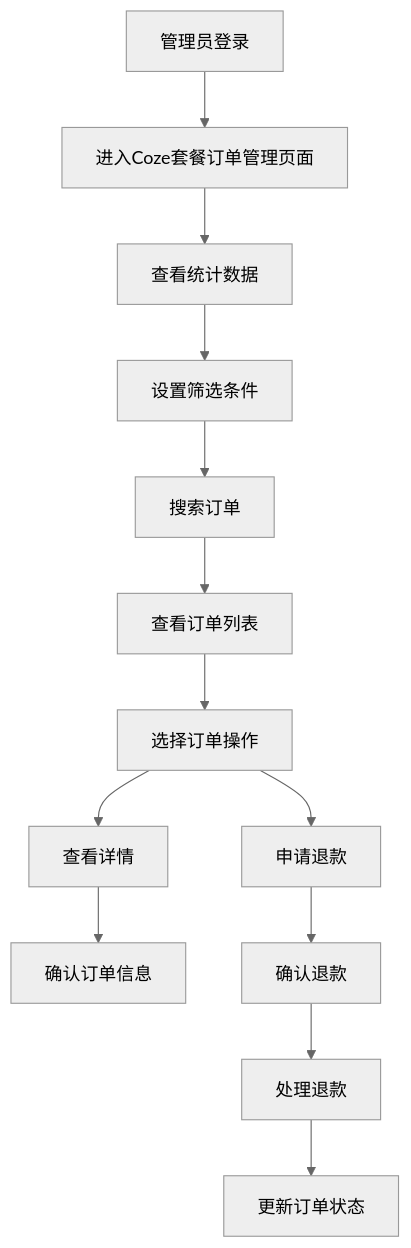
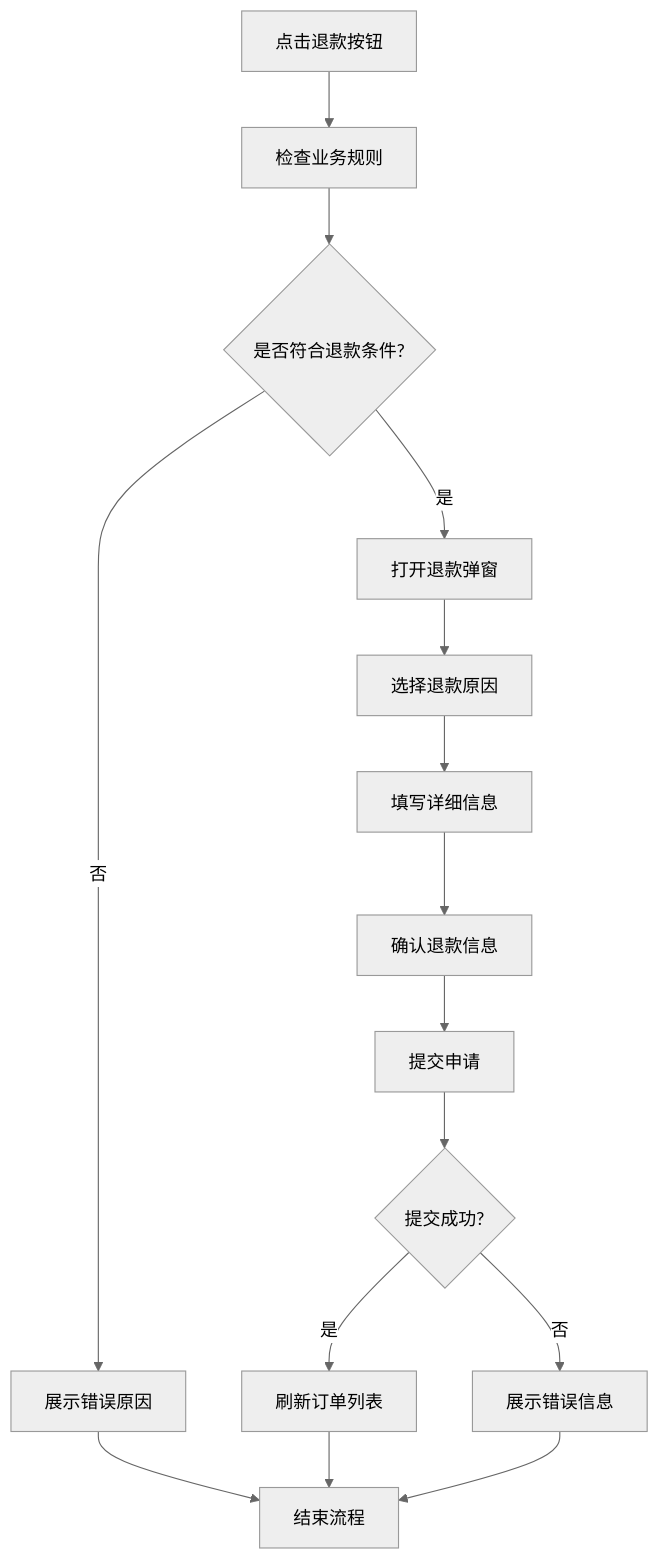
One commit to lypzcgf/BuildingAI changed the third of 4 diagrams in .trae/documents/BuildingAI Coze套餐订单页面PRD.md. Above: the diagram before and after it, drawn with Mermaid (neutral theme). The commit also changed other lines of this file and 29 other files, not shown here.

````diff
--- a/.trae/documents/BuildingAI Coze套餐订单页面PRD.md
+++ b/.trae/documents/BuildingAI Coze套餐订单页面PRD.md
@@ -52,15 +112,17 @@
 ```mermaid
 graph TD
-    A[管理员登录] --> B[进入Coze套餐订单管理页面]
-    B --> C[查看统计数据]
-    C --> D[设置筛选条件]
-    D --> E[搜索订单]
-    E --> F[查看订单列表]
-    F --> G[选择订单操作]
-    G --> H[查看详情]
-    G --> I[申请退款]
-    H --> J[确认订单信息]
-    I --> K[确认退款]
-    K --> L[处理退款]
-    L --> M[更新订单状态]
+    A[点击退款按钮] --> B[检查业务规则]
+    B --> C{是否符合退款条件?}
+    C -->|是| D[打开退款弹窗]
+    C -->|否| E[展示错误原因]
+    D --> F[选择退款原因]
+    F --> G[填写详细信息]
+    G --> H[确认退款信息]
+    H --> I[提交申请]
+    I --> J{提交成功?}
+    J -->|是| K[刷新订单列表]
+    J -->|否| L[展示错误信息]
+    E --> M[结束流程]
+    K --> M
+    L --> M
 ```
````
